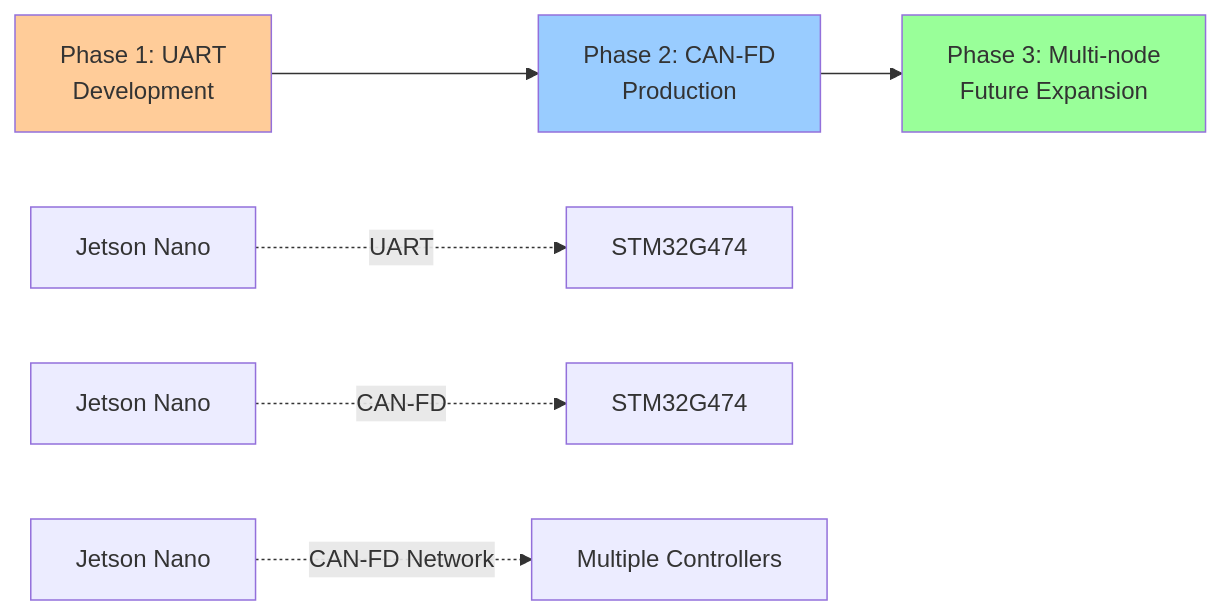
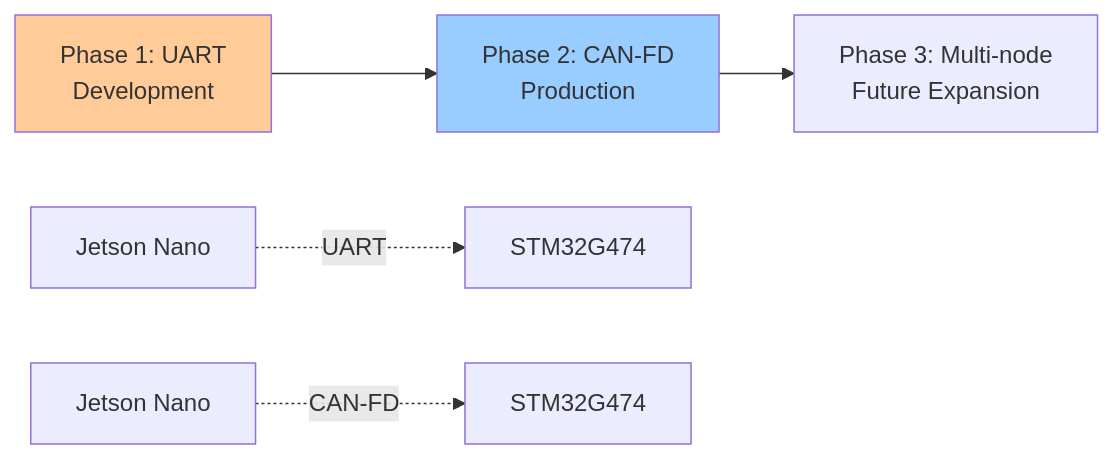
One commit to GhaithhBenbrahim/internship-progress changed the third of 4 diagrams in Hardware-improvments.md. Above: the diagram before and after it, drawn with Mermaid.

````diff
--- a/Hardware-improvments.md
+++ b/Hardware-improvments.md
@@ -248,13 +248,11 @@
 ```mermaid
 graph LR
     A[Phase 1: UART<br/>Development] --> B[Phase 2: CAN-FD<br/>Production]
     B --> C[Phase 3: Multi-node<br/>Future Expansion]
     
     A1[Jetson Nano] -.->|UART| A2[STM32G474]
     B1[Jetson Nano] -.->|CAN-FD| B2[STM32G474]
-    C1[Jetson Nano] -.->|CAN-FD Network| C2[Multiple Controllers]
     
     style A fill:#ffcc99
     style B fill:#99ccff
-    style C fill:#99ff99
 ```
````
